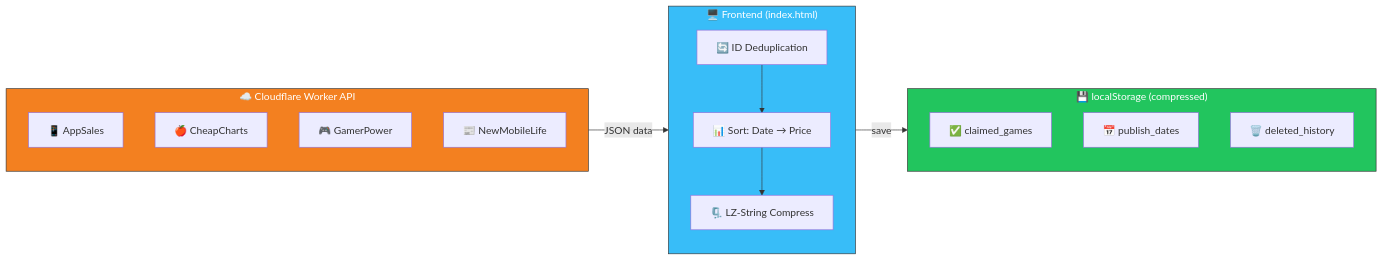
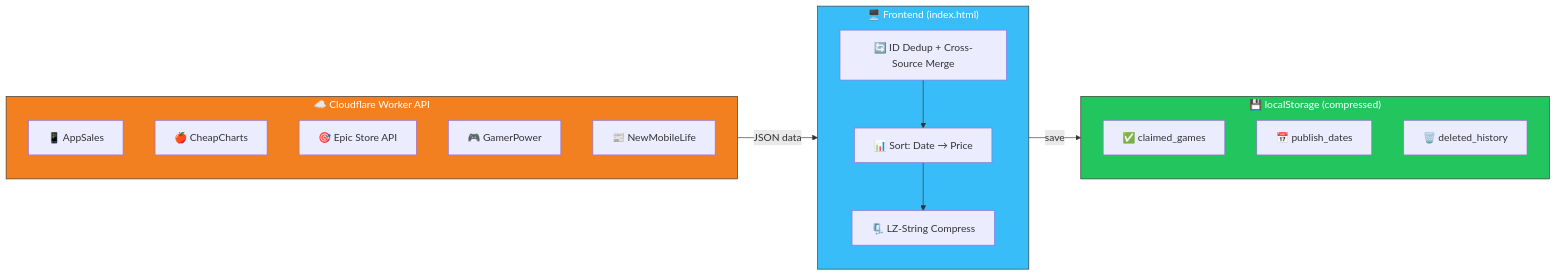
One commit to yikchun1234/loot-game-radar changed the diagram in README.md. Above: the diagram before and after it, drawn with Mermaid. The commit also changed other lines of this file, not shown here.

Commit message:
README: Epic Store API source, cross-source merge, version notifier, sortable dev tables, self-host VERSION_URL step

````diff
--- a/README.md
+++ b/README.md
@@ -172,32 +184,33 @@
 ```mermaid
 flowchart LR
     subgraph Worker["☁️ Cloudflare Worker API"]
         direction TB
         A["📱 AppSales"]
         C["🍎 CheapCharts"]
+        E["🎯 Epic Store API"]
         G["🎮 GamerPower"]
         N["📰 NewMobileLife"]
     end
 
     subgraph Frontend["🖥️ Frontend (index.html)"]
         direction TB
-        D["🔄 ID Deduplication"]
+        D["🔄 ID Dedup + Cross-Source Merge"]
         S["📊 Sort: Date → Price"]
         L["🗜️ LZ-String Compress"]
         D --> S --> L
     end
 
     subgraph Storage["💾 localStorage (compressed)"]
         direction TB
         CG["✅ claimed_games"]
         PD["📅 publish_dates"]
         DH["🗑️ deleted_history"]
     end
 
     Worker -->|JSON data| Frontend
     Frontend -->|save| Storage
 
     style Worker fill:#f38020,color:#fff,stroke:#333
     style Frontend fill:#38bdf8,color:#fff,stroke:#333
     style Storage fill:#22c55e,color:#fff,stroke:#333
 ```
````
